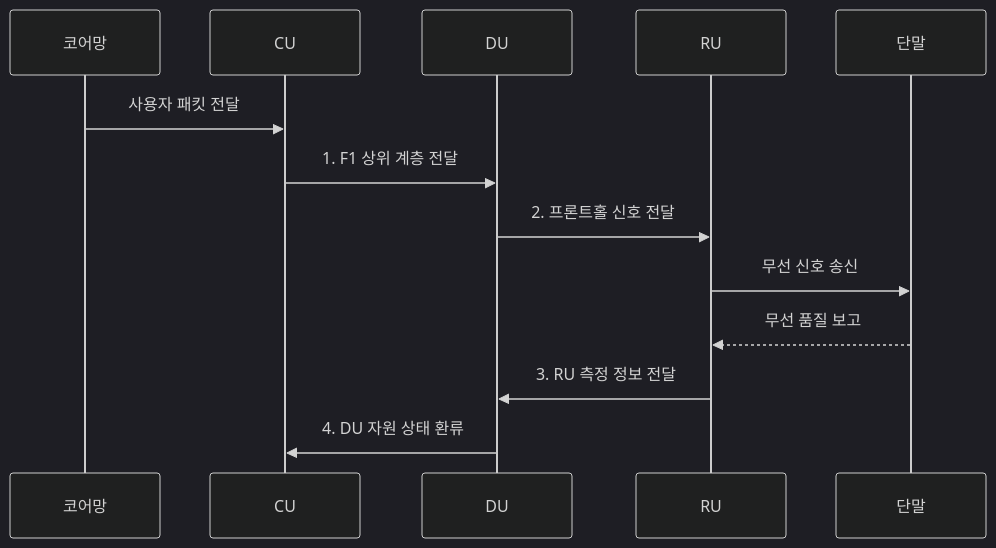
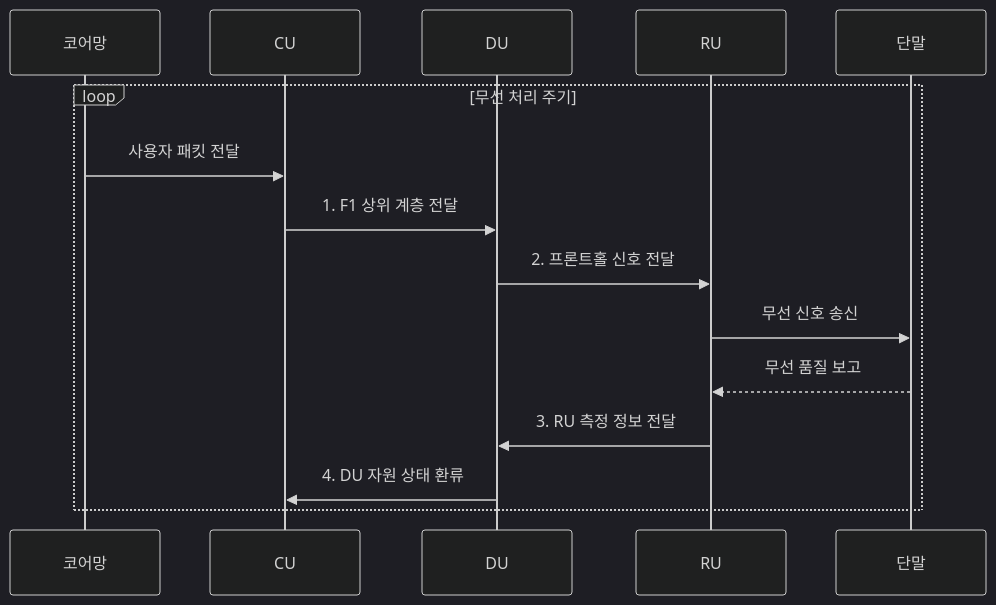
The second of 2 diagrams in src/content/docs/notes/04-network/111_network_function_disaggregation.md (agnusdei1207/knowledge-base), drawn with Mermaid (dark theme) before and after one commit. The commit also changed other lines of this file and 11 other files, not shown here.

````diff
--- a/src/content/docs/notes/04-network/111_network_function_disaggregation.md
+++ b/src/content/docs/notes/04-network/111_network_function_disaggregation.md
@@ -112,15 +112,17 @@
 ```mermaid
 sequenceDiagram
   participant N as 코어망
   participant C as CU
   participant D as DU
   participant R as RU
   participant U as 단말
-  N->>C: 사용자 패킷 전달
-  C->>D: 1. F1 상위 계층 전달
-  D->>R: 2. 프론트홀 신호 전달
-  R->>U: 무선 신호 송신
-  U-->>R: 무선 품질 보고
-  R->>D: 3. RU 측정 정보 전달
-  D->>C: 4. DU 자원 상태 환류
+  loop 무선 처리 주기
+    N->>C: 사용자 패킷 전달
+    C->>D: 1. F1 상위 계층 전달
+    D->>R: 2. 프론트홀 신호 전달
+    R->>U: 무선 신호 송신
+    U-->>R: 무선 품질 보고
+    R->>D: 3. RU 측정 정보 전달
+    D->>C: 4. DU 자원 상태 환류
+  end
 ```
````
